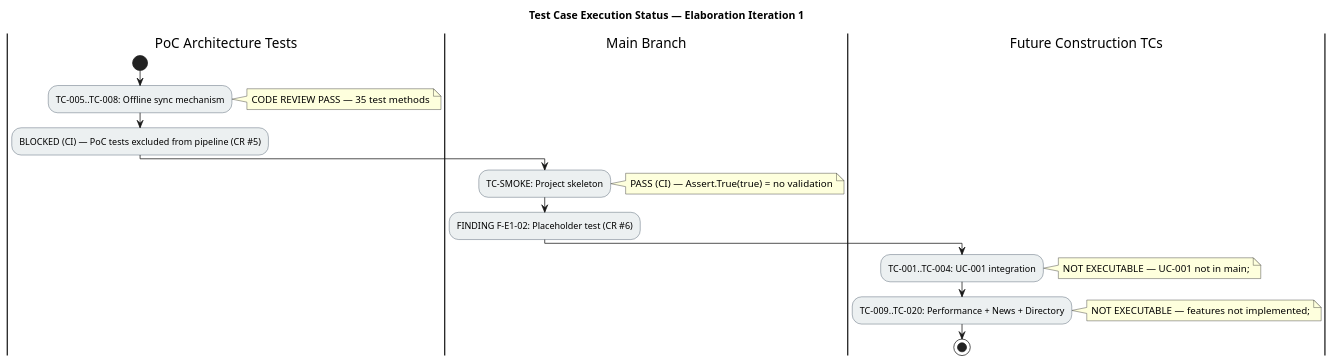
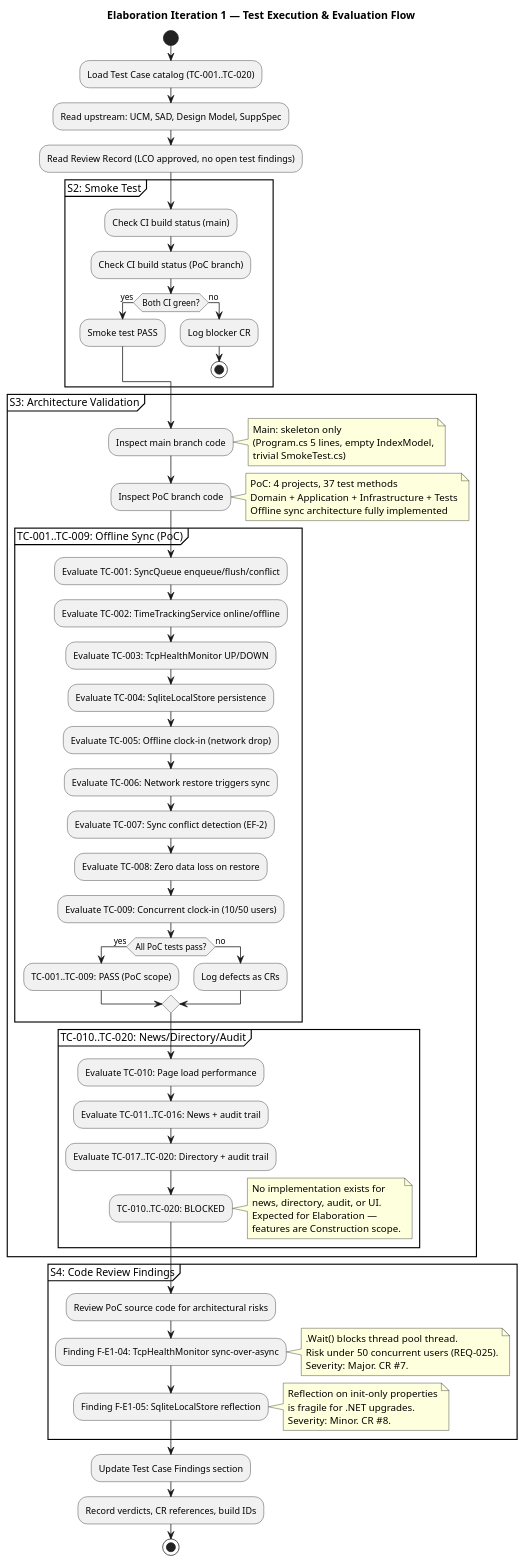
The fourth of 5 diagrams in docs/artifacts/test/test-case.md (banense-test/demo-janke-lab), drawn with PlantUML before and after one commit. The commit also changed other lines of this file, not shown here.

First line of the commit message:
Tester [E1]: upsert Test Case

````diff
--- a/docs/artifacts/test/test-case.md
+++ b/docs/artifacts/test/test-case.md
@@ -518,27 +701,95 @@
 ```plantuml
 @startuml
-title Test Case Execution Status — Elaboration Iteration 1
+title Elaboration Iteration 1 — Test Execution & Evaluation Flow
 
-skinparam activityBorderColor #2c3e50
-skinparam activityBackgroundColor #ecf0f1
+|Tester|
+start
+:Load Test Case catalog (TC-001..TC-020);
+:Read upstream: UCM, SAD, Design Model, SuppSpec;
+:Read Review Record (LCO approved, no open test findings);
 
-|PoC Architecture Tests|
-start
-:TC-005..TC-008: Offline sync mechanism;
-note right: CODE REVIEW PASS — 35 test methods
-:BLOCKED (CI) — PoC tests excluded from pipeline (CR #5);
+|Tester|
+partition "S2: Smoke Test" {
+  :Check CI build status (main);
+  :Check CI build status (PoC branch);
+  if (Both CI green?) then (yes)
+    :Smoke test PASS;
+  else (no)
+    :Log blocker CR;
+    stop
+  endif
+}
 
-|Main Branch|
-:TC-SMOKE: Project skeleton;
-note right: PASS (CI) — Assert.True(true) = no validation
-:FINDING F-E1-02: Placeholder test (CR #6);
+|Tester|
+partition "S3: Architecture Validation" {
+  :Inspect main branch code;
+  note right
+    Main: skeleton only
+    (Program.cs 5 lines, empty IndexModel,
+    trivial SmokeTest.cs)
+  end note
+  
+  :Inspect PoC branch code;
+  note right
+    PoC: 4 projects, 37 test methods
+    Domain + Application + Infrastructure + Tests
+    Offline sync architecture fully implemented
+  end note
+  
+  partition "TC-001..TC-009: Offline Sync (PoC)" {
+    :Evaluate TC-001: SyncQueue enqueue/flush/conflict;
+    :Evaluate TC-002: TimeTrackingService online/offline;
+    :Evaluate TC-003: TcpHealthMonitor UP/DOWN;
+    :Evaluate TC-004: SqliteLocalStore persistence;
+    :Evaluate TC-005: Offline clock-in (network drop);
+    :Evaluate TC-006: Network restore triggers sync;
+    :Evaluate TC-007: Sync conflict detection (EF-2);
+    :Evaluate TC-008: Zero data loss on restore;
+    :Evaluate TC-009: Concurrent clock-in (10/50 users);
+    if (All PoC tests pass?) then (yes)
+      :TC-001..TC-009: PASS (PoC scope);
+    else (no)
+      :Log defects as CRs;
+    endif
+  }
+  
+  partition "TC-010..TC-020: News/Directory/Audit" {
+    :Evaluate TC-010: Page load performance;
+    :Evaluate TC-011..TC-016: News + audit trail;
+    :Evaluate TC-017..TC-020: Directory + audit trail;
+    :TC-010..TC-020: BLOCKED;
+    note right
+      No implementation exists for
+      news, directory, audit, or UI.
+      Expected for Elaboration —
+      features are Construction scope.
+    end note
+  }
+}
 
-|Future Construction TCs|
-:TC-001..TC-004: UC-001 integration;
-note right: NOT EXECUTABLE — UC-001 not in main;
-:TC-009..TC-020: Performance + News + Directory;
-note right: NOT EXECUTABLE — features not implemented;
+|Tester|
+partition "S4: Code Review Findings" {
+  :Review PoC source code for architectural risks;
+  
+  :Finding F-E1-04: TcpHealthMonitor sync-over-async;
+  note right
+    .Wait() blocks thread pool thread.
+    Risk under 50 concurrent users (REQ-025).
+    Severity: Major. CR #7.
+  end note
+  
+  :Finding F-E1-05: SqliteLocalStore reflection;
+  note right
+    Reflection on init-only properties
+    is fragile for .NET upgrades.
+    Severity: Minor. CR #8.
+  end note
+}
 
+|Tester|
+:Update Test Case Findings section;
+:Record verdicts, CR references, build IDs;
 stop
+
 @enduml
 ```
````
